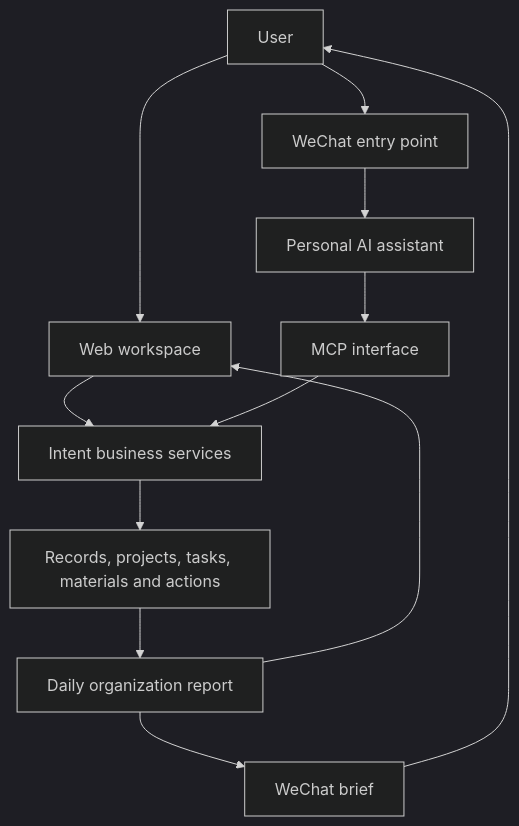
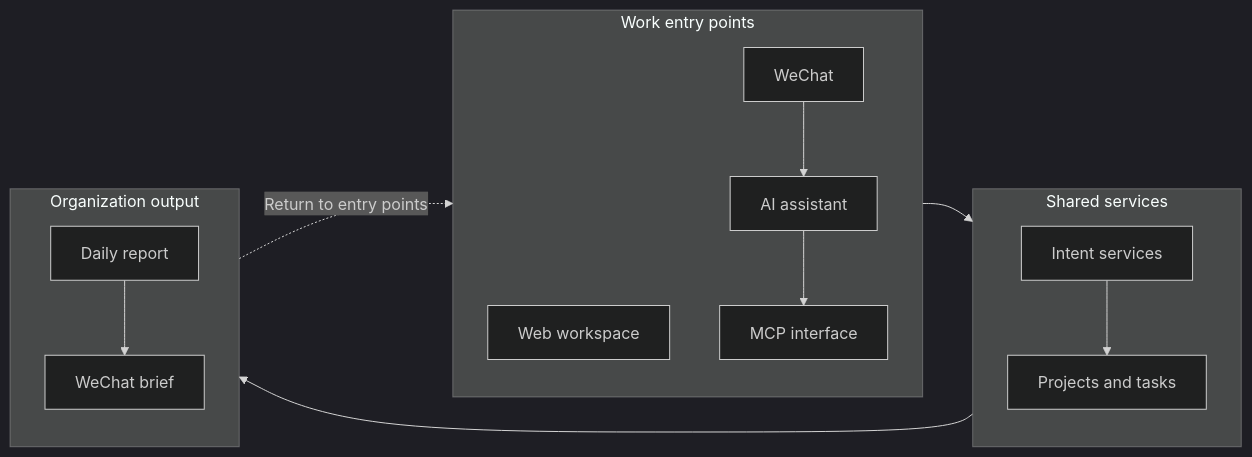
The second of 2 diagrams in content/en/cases/intent.md (cytlabs/personal-site), drawn with Mermaid (dark theme) before and after one commit. The commit also changed other lines of this file and 17 other files, not shown here.

Commit message:
统一图表排版与主题并支持大图查看

````diff
--- a/content/en/cases/intent.md
+++ b/content/en/cases/intent.md
@@ -39,14 +42,18 @@
 ```mermaid
-flowchart TD
-    U["User"] --> W["Web workspace"]
-    U --> C["WeChat entry point"]
-    C --> A["Personal AI assistant"]
-    A --> M["MCP interface"]
-    W --> S["Intent business services"]
-    M --> S
-    S --> D["Records, projects, tasks, materials and actions"]
-    D --> R["Daily organization report"]
-    R --> W
-    R --> N["WeChat brief"]
-    N --> U
+flowchart LR
+    subgraph ENTRY["Work entry points"]
+        direction TB
+        W["Web workspace"]
+        C["WeChat"] --> A["AI assistant"] --> M["MCP interface"]
+    end
+    subgraph SERVICE["Shared services"]
+        direction TB
+        S["Intent services"] --> D["Projects and tasks"]
+    end
+    subgraph REPORT["Organization output"]
+        direction TB
+        R["Daily report"] --> N["WeChat brief"]
+    end
+    ENTRY --> SERVICE --> REPORT
+    REPORT -.->|Return to entry points| ENTRY
 ```
````
